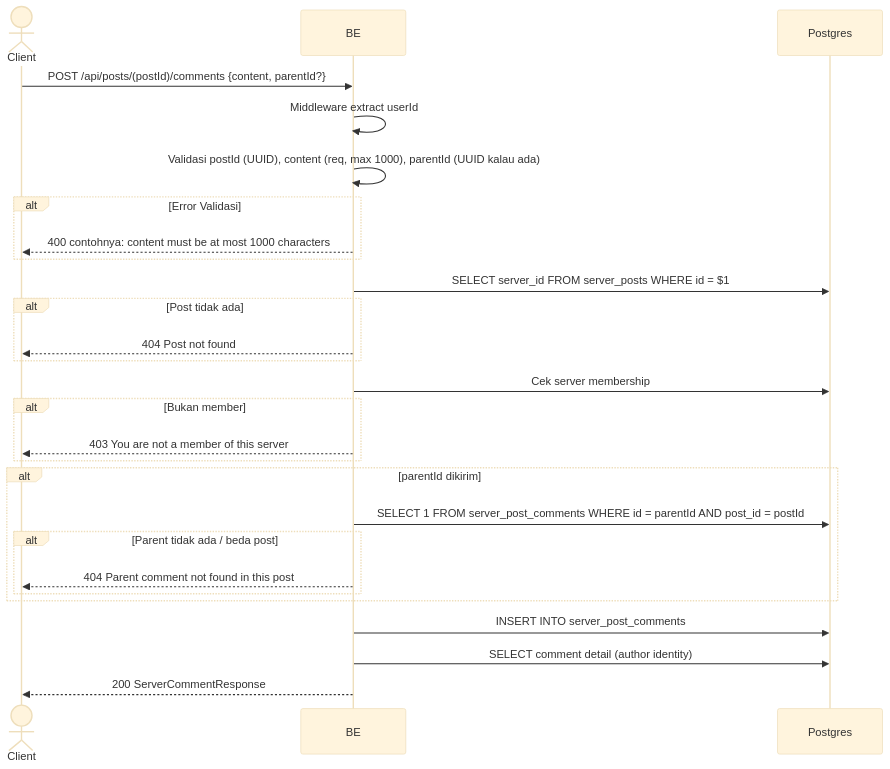
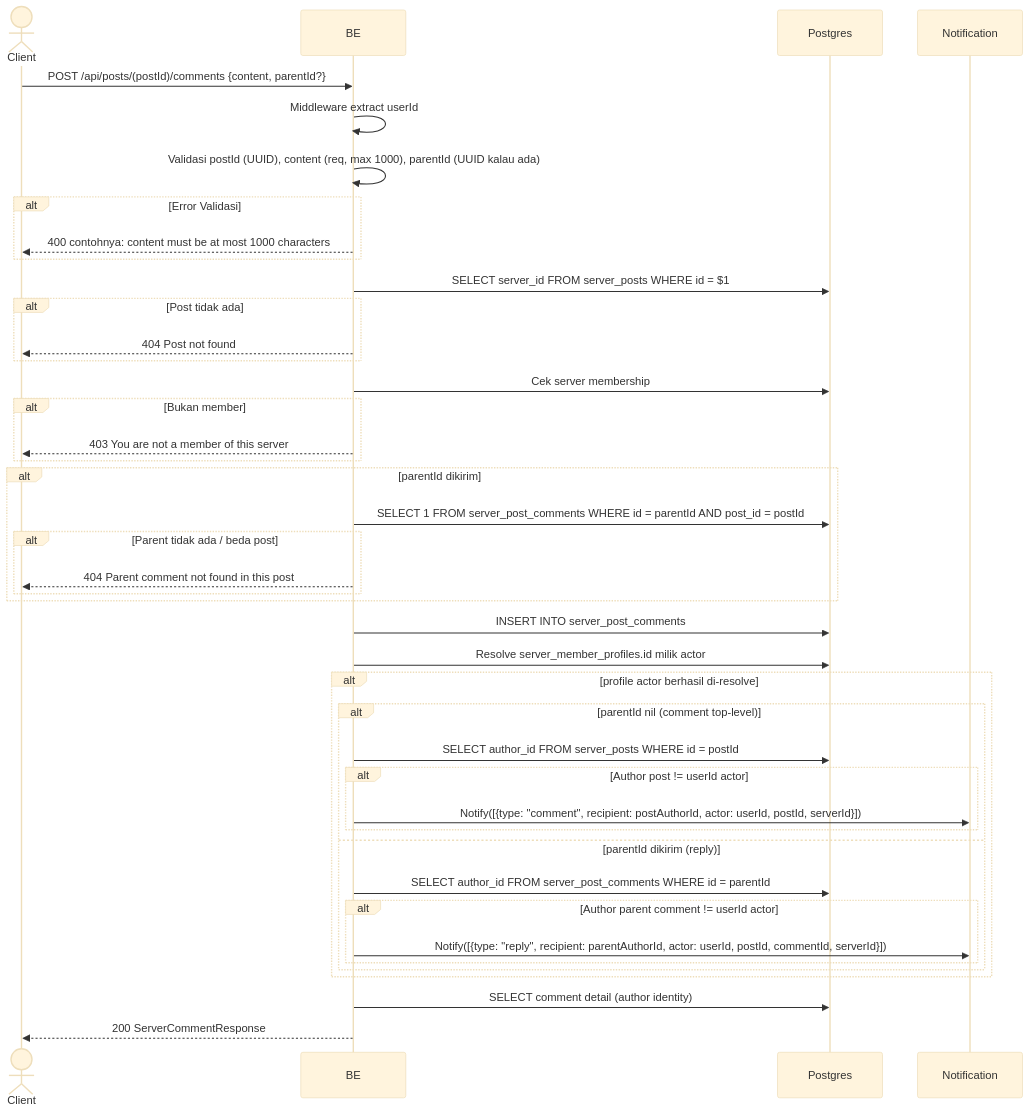
Before and after one commit to ferdian3456/virdanproject: the diagram in docs/flows/id/create_comment.md, drawn with Mermaid (base theme). The commit also changed other lines of this file and 67 other files, not shown here.

First line of the commit message:
Audit and fix API flow docs; add missing Payment/Chat documentation (#42)

````diff
--- a/docs/flows/id/create_comment.md
+++ b/docs/flows/id/create_comment.md
@@ -13,30 +13,45 @@
 ```mermaid
 sequenceDiagram
     actor Client
     participant BE
     participant Postgres
+    participant Notification
 
     Client->>BE: POST /api/posts/(postId)/comments {content, parentId?}
     BE->>BE: Middleware extract userId
     BE->>BE: Validasi postId (UUID), content (req, max 1000), parentId (UUID kalau ada)
     alt Error Validasi
         BE-->>Client: 400 contohnya: content must be at most 1000 characters
     end
     BE->>Postgres: SELECT server_id FROM server_posts WHERE id = $1
     alt Post tidak ada
         BE-->>Client: 404 Post not found
     end
     BE->>Postgres: Cek server membership
     alt Bukan member
         BE-->>Client: 403 You are not a member of this server
     end
     alt parentId dikirim
         BE->>Postgres: SELECT 1 FROM server_post_comments WHERE id = parentId AND post_id = postId
         alt Parent tidak ada / beda post
             BE-->>Client: 404 Parent comment not found in this post
         end
     end
     BE->>Postgres: INSERT INTO server_post_comments
+    BE->>Postgres: Resolve server_member_profiles.id milik actor
+    alt profile actor berhasil di-resolve
+        alt parentId nil (comment top-level)
+            BE->>Postgres: SELECT author_id FROM server_posts WHERE id = postId
+            alt Author post != userId actor
+                BE->>Notification: Notify([{type: "comment", recipient: postAuthorId, actor: userId, postId, serverId}])
+            end
+        else parentId dikirim (reply)
+            BE->>Postgres: SELECT author_id FROM server_post_comments WHERE id = parentId
+            alt Author parent comment != userId actor
+                BE->>Notification: Notify([{type: "reply", recipient: parentAuthorId, actor: userId, postId, commentId, serverId}])
+            end
+        end
+    end
     BE->>Postgres: SELECT comment detail (author identity)
     BE-->>Client: 200 ServerCommentResponse
 ```
````
